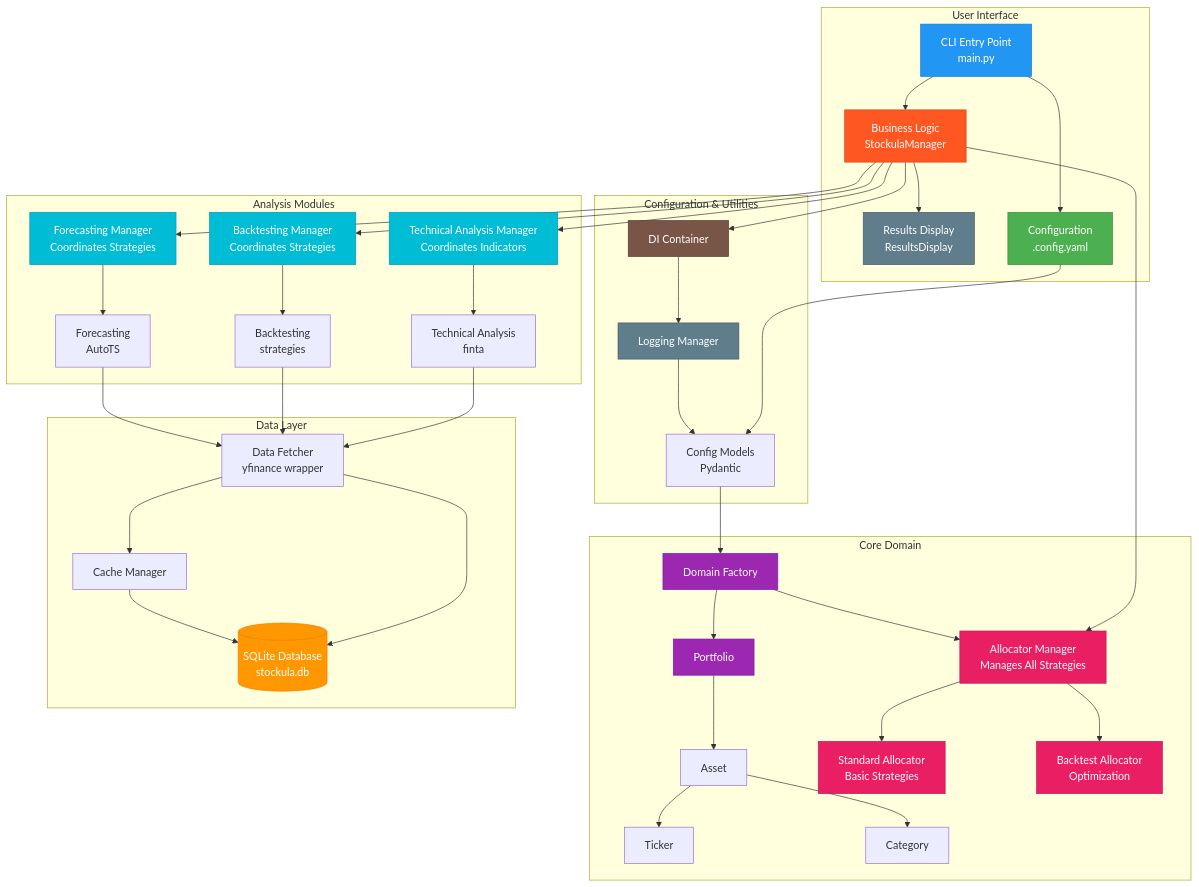
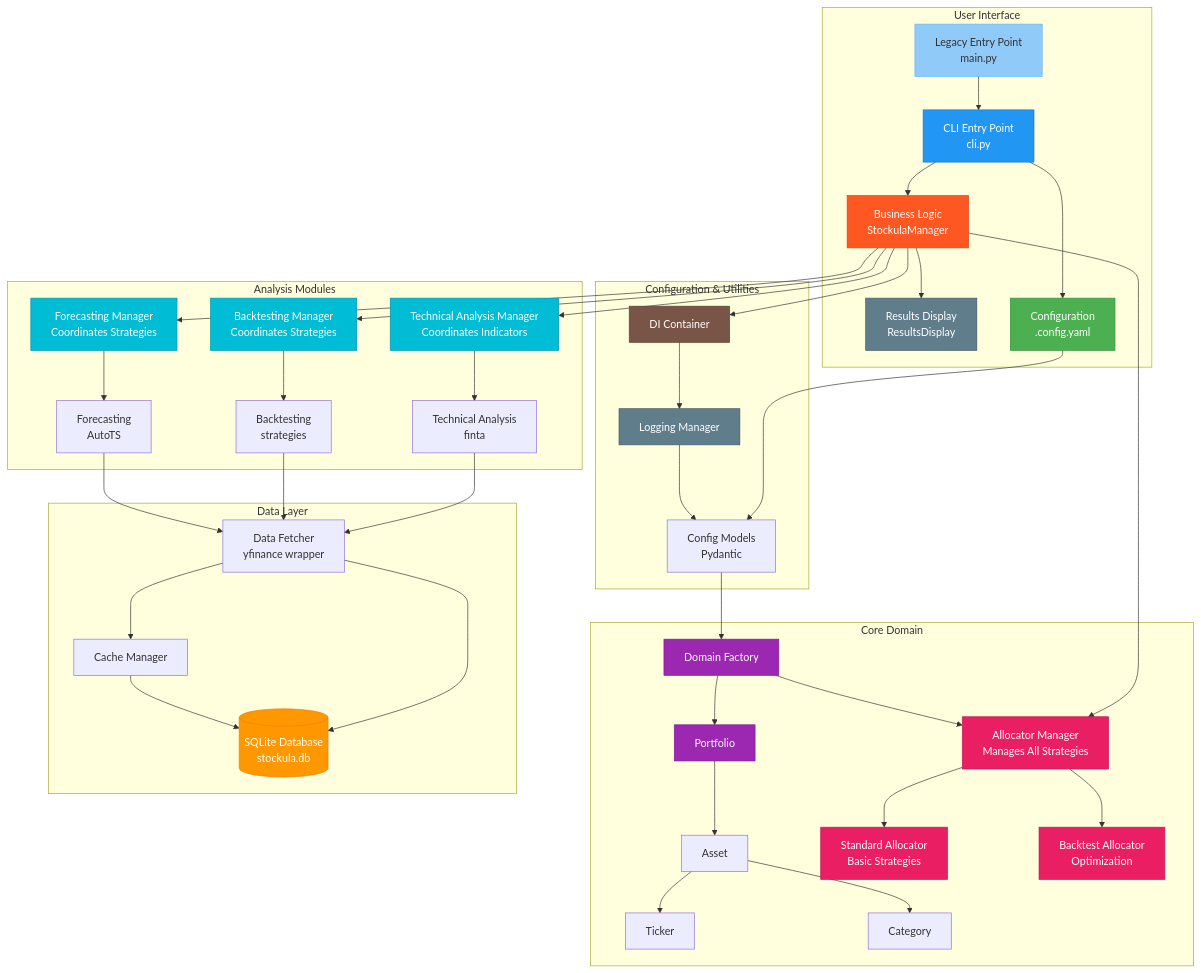
Before and after one commit to mkm29/stockula: the first of 2 diagrams in docs/user-guide/architecture.md, drawn with Mermaid. The commit also changed other lines of this file and 27 other files, not shown here.

First line of the commit message:
Refactor tests and main CLI functionality

````diff
--- a/docs/user-guide/architecture.md
+++ b/docs/user-guide/architecture.md
@@ -7,7 +7,8 @@
 ```mermaid
 graph TB
     subgraph "User Interface"
-        CLI[CLI Entry Point<br/>main.py]
+        CLI[CLI Entry Point<br/>cli.py]
+        Main[Legacy Entry Point<br/>main.py]
         Manager[Business Logic<br/>StockulaManager]
         Display[Results Display<br/>ResultsDisplay]
         Config[Configuration<br/>.config.yaml]
@@ -46,6 +47,7 @@
     end
 
     CLI --> Manager
+    Main --> CLI
     CLI --> Config
     Manager --> Display
     Manager --> Container
@@ -79,6 +81,7 @@
     LogManager --> Models
 
     style CLI fill:#2196F3,stroke:#1976D2,color:#fff
+    style Main fill:#90CAF9,stroke:#64B5F6,color:#333
     style Manager fill:#FF5722,stroke:#D84315,color:#fff
     style Display fill:#607D8B,stroke:#455A64,color:#fff
     style Config fill:#4CAF50,stroke:#388E3C,color:#fff
````
